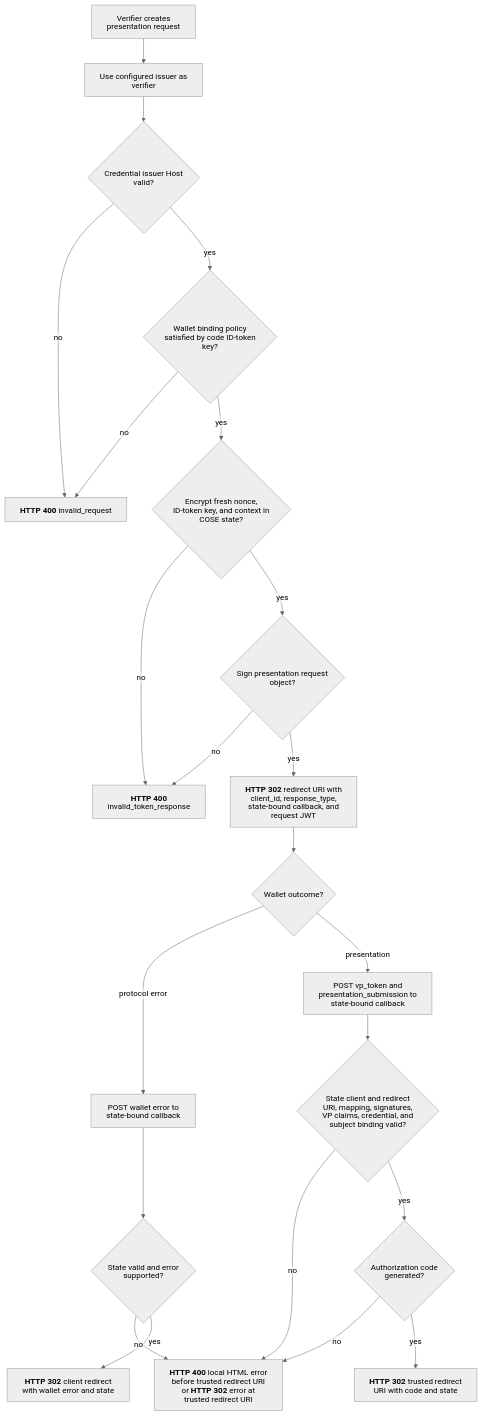
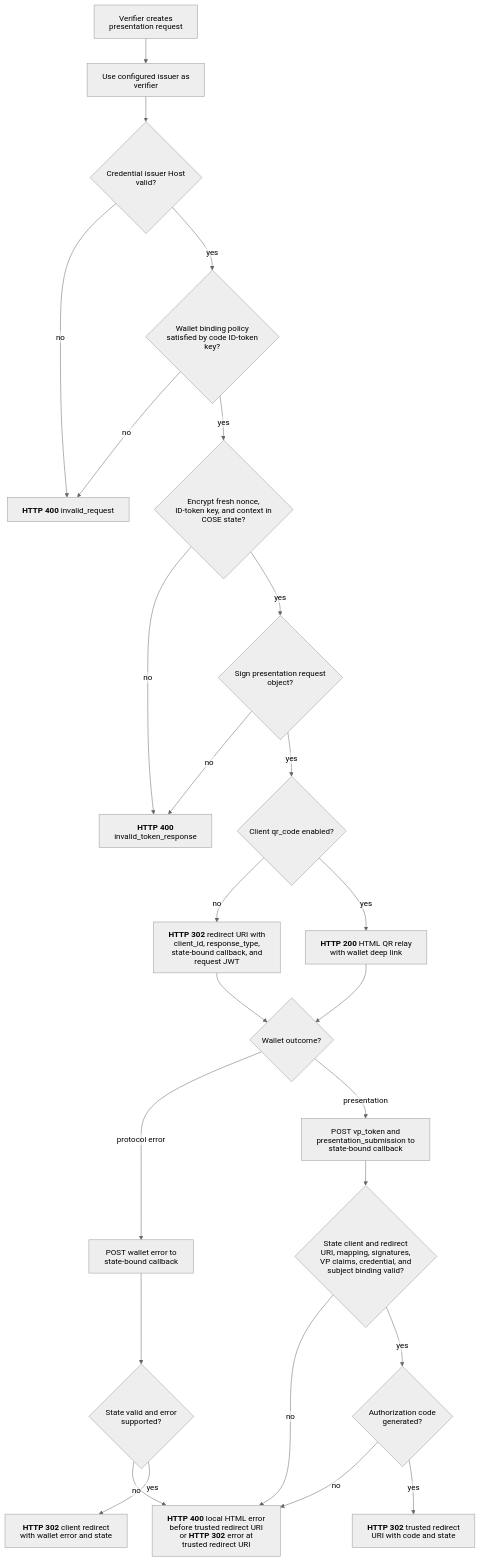
One commit to malach-it/kagome changed the diagram in docs/flows/openid4vp/presentation.mmd. Above: the diagram before and after it, drawn with Mermaid (neutral theme). The commit also changed 35 other files, not shown here.

Commit message:
feat: add qr wallet authorization pages

```diff
--- a/docs/flows/openid4vp/presentation.mmd
+++ b/docs/flows/openid4vp/presentation.mmd
@@ -1,23 +1,26 @@
 %%{init: {"htmlLabels": false, "flowchart": {"htmlLabels": false}}}%%
 flowchart TD
     begin[Verifier creates presentation request] --> verifier[Use configured issuer as verifier]
     verifier --> issuer{Credential issuer Host valid?}
     issuer -- no --> request_error["`**HTTP 400** invalid_request`"]
     issuer -- yes --> policy{Wallet binding policy satisfied by code ID-token key?}
     policy -- no --> request_error
     policy -- yes --> protect{Encrypt fresh nonce, ID-token key, and context in COSE state?}
     protect -- no --> generation_error["`**HTTP 400** invalid_token_response`"]
     protect -- yes --> sign{Sign presentation request object?}
     sign -- no --> generation_error
-    sign -- yes --> authorization["`**HTTP 302** redirect URI with client_id, response_type, state-bound callback, and request JWT`"]
+    sign -- yes --> delivery{Client qr_code enabled?}
+    delivery -- no --> authorization["`**HTTP 302** redirect URI with client_id, response_type, state-bound callback, and request JWT`"]
+    delivery -- yes --> authorization_qr["`**HTTP 200** HTML QR relay with wallet deep link`"]
     authorization --> wallet{Wallet outcome?}
+    authorization_qr --> wallet
     wallet -- protocol error --> post_error[POST wallet error to state-bound callback]
     wallet -- presentation --> post_vp[POST vp_token and presentation_submission to state-bound callback]
     post_error --> error_state{State valid and error supported?}
     error_state -- no --> response_error["`**HTTP 400** local HTML error before trusted redirect URI or **HTTP 302** error at trusted redirect URI`"]
     error_state -- yes --> error_redirect["`**HTTP 302** client redirect with wallet error and state`"]
     post_vp --> validate{State client and redirect URI, mapping, signatures, VP claims, credential, and subject binding valid?}
     validate -- no --> response_error
     validate -- yes --> code{Authorization code generated?}
     code -- no --> response_error
     code -- yes --> success["`**HTTP 302** trusted redirect URI with code and state`"]
```
